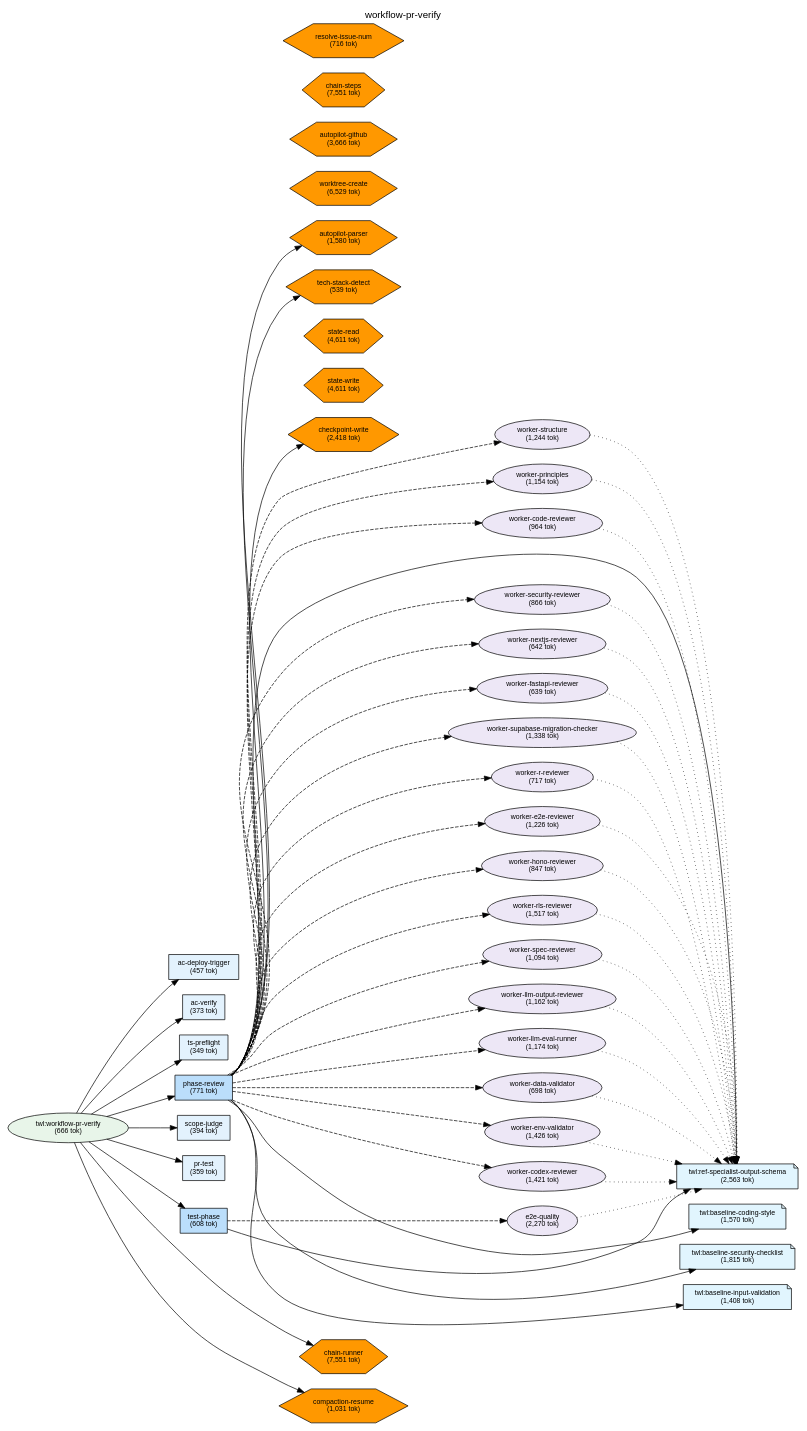
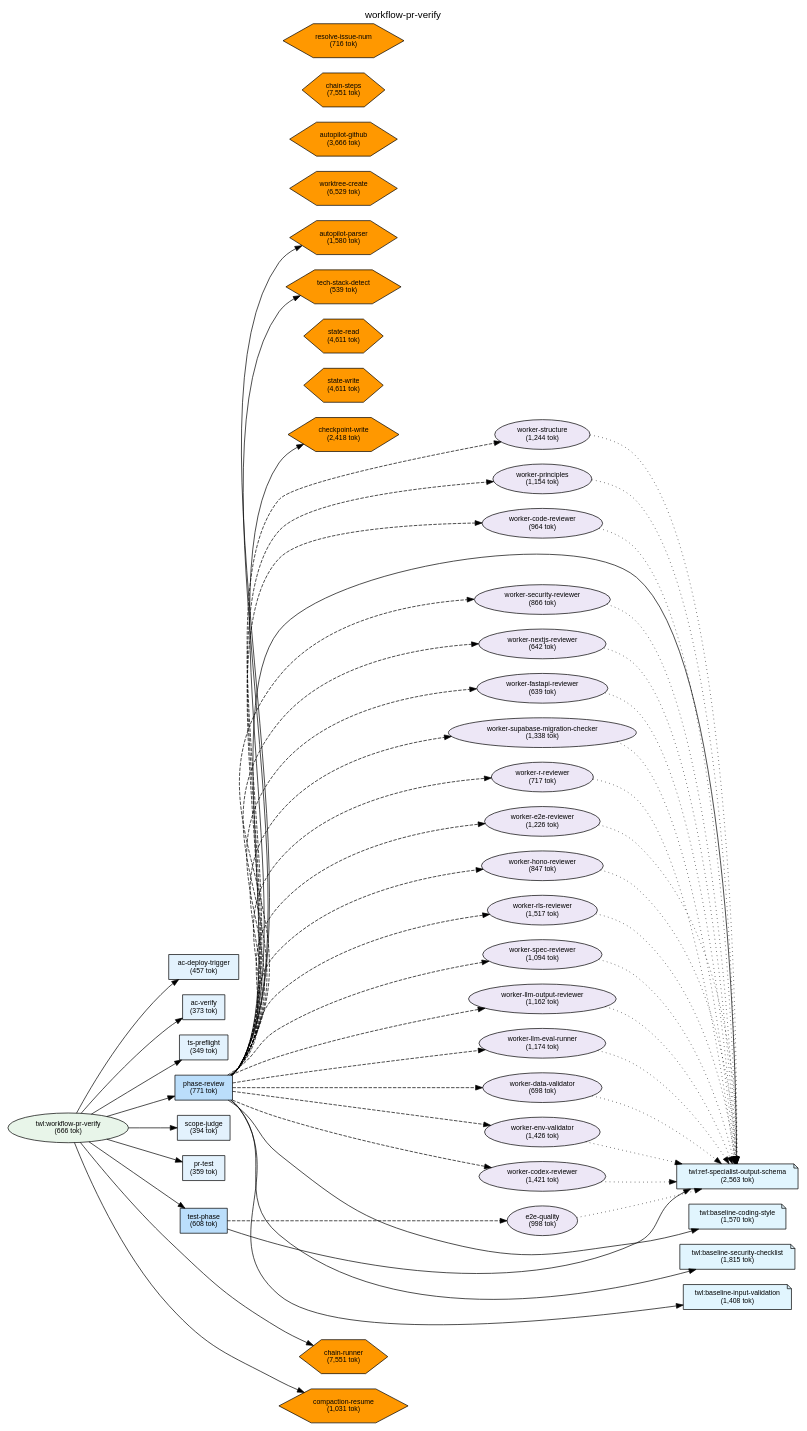
Before and after one commit to shuu5/twill: the diagram in plugins/twl/docs/deps-workflow-pr-verify.dot, drawn with Graphviz. The commit also changed 29 other files, not shown here.

```diff
--- a/plugins/twl/docs/deps-workflow-pr-verify.dot
+++ b/plugins/twl/docs/deps-workflow-pr-verify.dot
@@ -52,7 +52,7 @@
     agent_worker_r_reviewer [label="worker-r-reviewer\n(717 tok)", shape=ellipse, style=filled, fillcolor="#ede7f6"];
     agent_worker_llm_output_reviewer [label="worker-llm-output-reviewer\n(1,162 tok)", shape=ellipse, style=filled, fillcolor="#ede7f6"];
     agent_worker_llm_eval_runner [label="worker-llm-eval-runner\n(1,174 tok)", shape=ellipse, style=filled, fillcolor="#ede7f6"];
-    agent_e2e_quality [label="e2e-quality\n(2,270 tok)", shape=ellipse, style=filled, fillcolor="#ede7f6"];
+    agent_e2e_quality [label="e2e-quality\n(998 tok)", shape=ellipse, style=filled, fillcolor="#ede7f6"];
 
     // L3.5: Scripts
     script_state_read [label="state-read\n(4,611 tok)", shape=hexagon, style=filled, fillcolor="#FF9800"];
```
